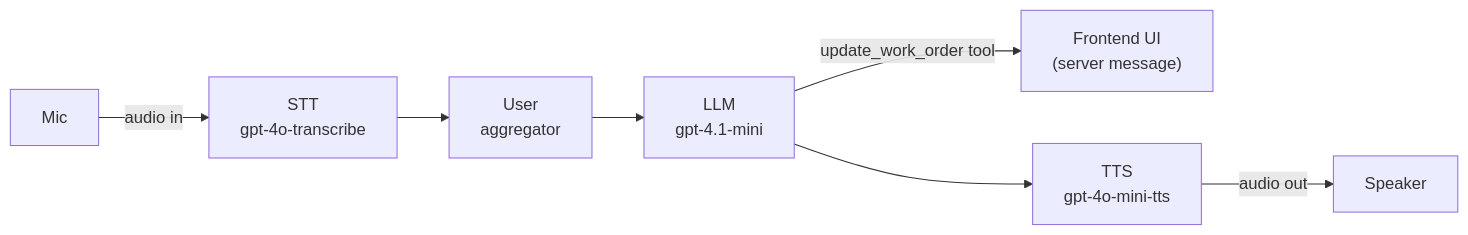
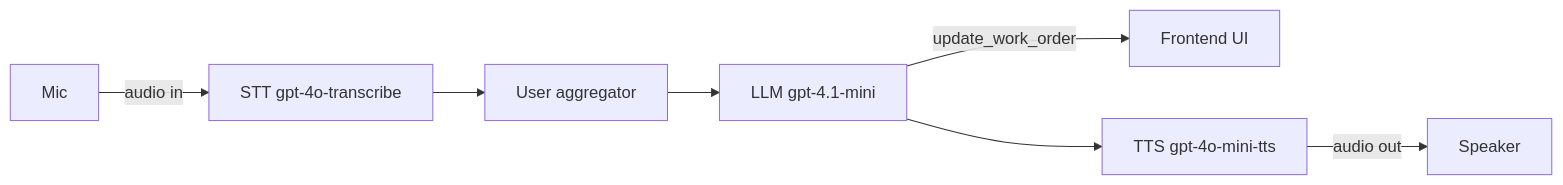
One commit to omavashia2005/tavi-assessment changed the third of 4 diagrams in backend/README.md. Above: the diagram before and after it, drawn with Mermaid. The commit also changed 2 other files, not shown here.

Commit message:
fixed mermaid diagrams

````diff
--- a/backend/README.md
+++ b/backend/README.md
@@ -92,9 +92,9 @@
 ```mermaid
 graph LR
-  Mic -->|audio in| STT["STT<br/>gpt-4o-transcribe"]
-  STT --> AGG["User<br/>aggregator"]
-  AGG --> LLM["LLM<br/>gpt-4.1-mini"]
-  LLM -->|update_work_order tool| UI["Frontend UI<br/>(server message)"]
-  LLM --> TTS["TTS<br/>gpt-4o-mini-tts"]
+  Mic -->|audio in| STT[STT gpt-4o-transcribe]
+  STT --> AGG[User aggregator]
+  AGG --> LLM[LLM gpt-4.1-mini]
+  LLM -->|update_work_order| UI[Frontend UI]
+  LLM --> TTS[TTS gpt-4o-mini-tts]
   TTS -->|audio out| Speaker
 ```
````
